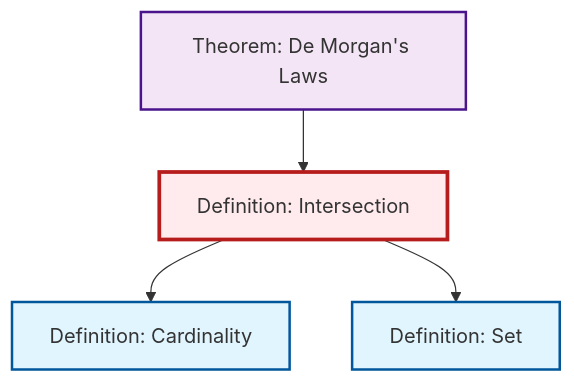
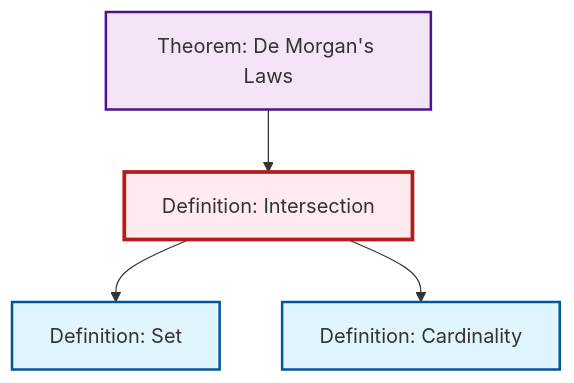
One commit to RK0429/ModernMath changed the diagram in content/ja/logic-set-theory/def-intersection.qmd. Above: the diagram before and after it, drawn with Mermaid. The commit also changed other lines of this file and 619 other files, not shown here.

````diff
--- a/content/ja/logic-set-theory/def-intersection.qmd
+++ b/content/ja/logic-set-theory/def-intersection.qmd
@@ -63,20 +63,20 @@
 ```{mermaid}
 %%| fig-cap: "Local dependency graph"
 graph TD
     classDef definition fill:#e1f5fe,stroke:#01579b,stroke-width:2px
     classDef theorem fill:#f3e5f5,stroke:#4a148c,stroke-width:2px
     classDef axiom fill:#fff3e0,stroke:#e65100,stroke-width:2px
     classDef example fill:#e8f5e9,stroke:#1b5e20,stroke-width:2px
     classDef current fill:#ffebee,stroke:#b71c1c,stroke-width:3px
+    def-intersection["Definition: Intersection"]:::definition
+    thm-de-morgan["Theorem: De Morgan's Laws"]:::theorem
     def-cardinality["Definition: Cardinality"]:::definition
     def-set["Definition: Set"]:::definition
-    thm-de-morgan["Theorem: De Morgan's Laws"]:::theorem
-    def-intersection["Definition: Intersection"]:::definition
     thm-de-morgan --> def-intersection
+    def-intersection --> def-set
     def-intersection --> def-cardinality
-    def-intersection --> def-set
     class def-intersection current
+    click thm-de-morgan "thm-de-morgan.html" "Theorem: De Morgan's Lawsへ"
     click def-cardinality "def-cardinality.html" "Definition: Cardinalityへ"
     click def-set "def-set.html" "Definition: Setへ"
-    click thm-de-morgan "thm-de-morgan.html" "Theorem: De Morgan's Lawsへ"
 ```
````
